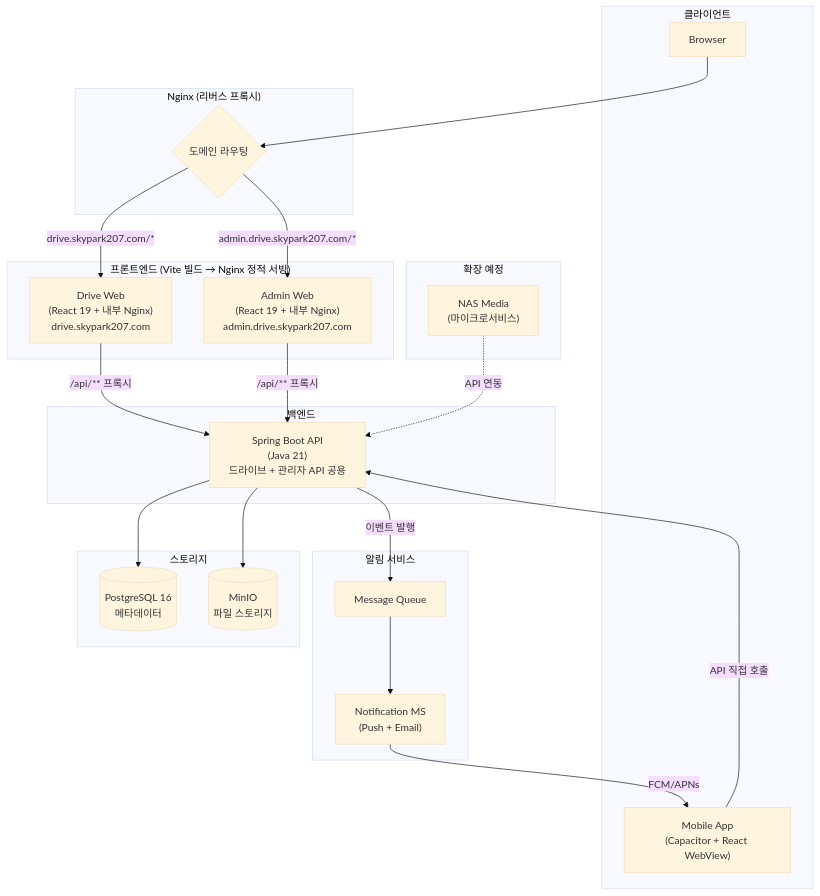
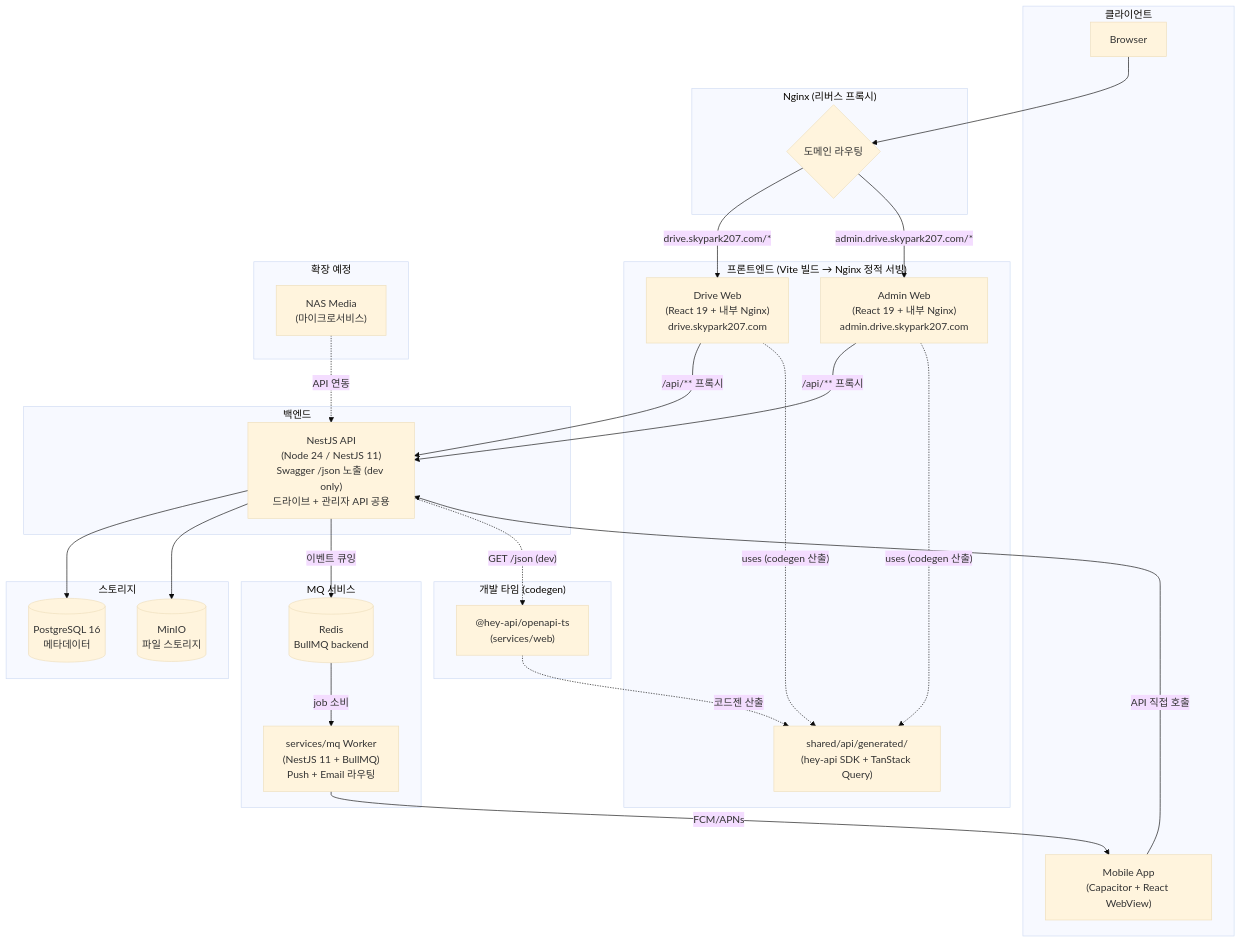
The first of 7 diagrams in docs/planning/architecture.md (idenn207/terab), drawn with Mermaid (base theme) before and after one commit. The commit also changed other lines of this file and 6 other files, not shown here.

First line of the commit message:
docs(arch): 아키텍처 다이어그램 재설계 + ADR 신설 (워크스트림 5)

````diff
--- a/docs/planning/architecture.md
+++ b/docs/planning/architecture.md
@@ -42,48 +42,60 @@
 ```mermaid
 graph TB
     subgraph Client["클라이언트"]
         Browser["Browser"]
         MobileApp["Mobile App<br/>(Capacitor + React WebView)"]
     end
 
     subgraph Nginx["Nginx (리버스 프록시)"]
         Router{"도메인 라우팅"}
     end
 
     subgraph Frontend["프론트엔드 (Vite 빌드 → Nginx 정적 서빙)"]
         Web["Drive Web<br/>(React 19 + 내부 Nginx)<br/>drive.skypark207.com"]
         Admin["Admin Web<br/>(React 19 + 내부 Nginx)<br/>admin.drive.skypark207.com"]
+        WebCodegen["shared/api/generated/<br/>(hey-api SDK + TanStack Query)"]
     end
 
     subgraph Backend["백엔드"]
-        API["Spring Boot API<br/>(Java 21)<br/>드라이브 + 관리자 API 공용"]
+        API["NestJS API<br/>(Node 24 / NestJS 11)<br/>Swagger /json 노출 (dev only)<br/>드라이브 + 관리자 API 공용"]
     end
 
-    subgraph Notification["알림 서비스"]
-        MQ["Message Queue"]
-        NotifMS["Notification MS<br/>(Push + Email)"]
+    subgraph MQService["MQ 서비스"]
+        Redis[(Redis<br/>BullMQ backend)]
+        MQ["services/mq Worker<br/>(NestJS 11 + BullMQ)<br/>Push + Email 라우팅"]
     end
 
     subgraph Storage["스토리지"]
         DB[(PostgreSQL 16<br/>메타데이터)]
         MinIO[(MinIO<br/>파일 스토리지)]
+    end
+
+    subgraph DevTime["개발 타임 (codegen)"]
+        CodegenWeb["@hey-api/openapi-ts<br/>(services/web)"]
     end
 
     subgraph Future["확장 예정"]
         Media["NAS Media<br/>(마이크로서비스)"]
     end
 
     Browser --> Router
     MobileApp -->|"API 직접 호출"| API
     Router -->|"drive.skypark207.com/*"| Web
     Router -->|"admin.drive.skypark207.com/*"| Admin
 
     Web -->|"/api/** 프록시"| API
     Admin -->|"/api/** 프록시"| API
+    Web -.->|"uses (codegen 산출)"| WebCodegen
+    Admin -.->|"uses (codegen 산출)"| WebCodegen
+
     API --> DB
     API --> MinIO
-    API -->|"이벤트 발행"| MQ
-    MQ --> NotifMS
-    NotifMS -->|"FCM/APNs"| MobileApp
+    API -->|"이벤트 큐잉"| Redis
+    Redis -->|"job 소비"| MQ
+    MQ -->|"FCM/APNs"| MobileApp
+
+    API -.->|"GET /json (dev)"| CodegenWeb
+    CodegenWeb -.->|"코드젠 산출"| WebCodegen
+
     Media -.->|"API 연동"| API
 ```
````
